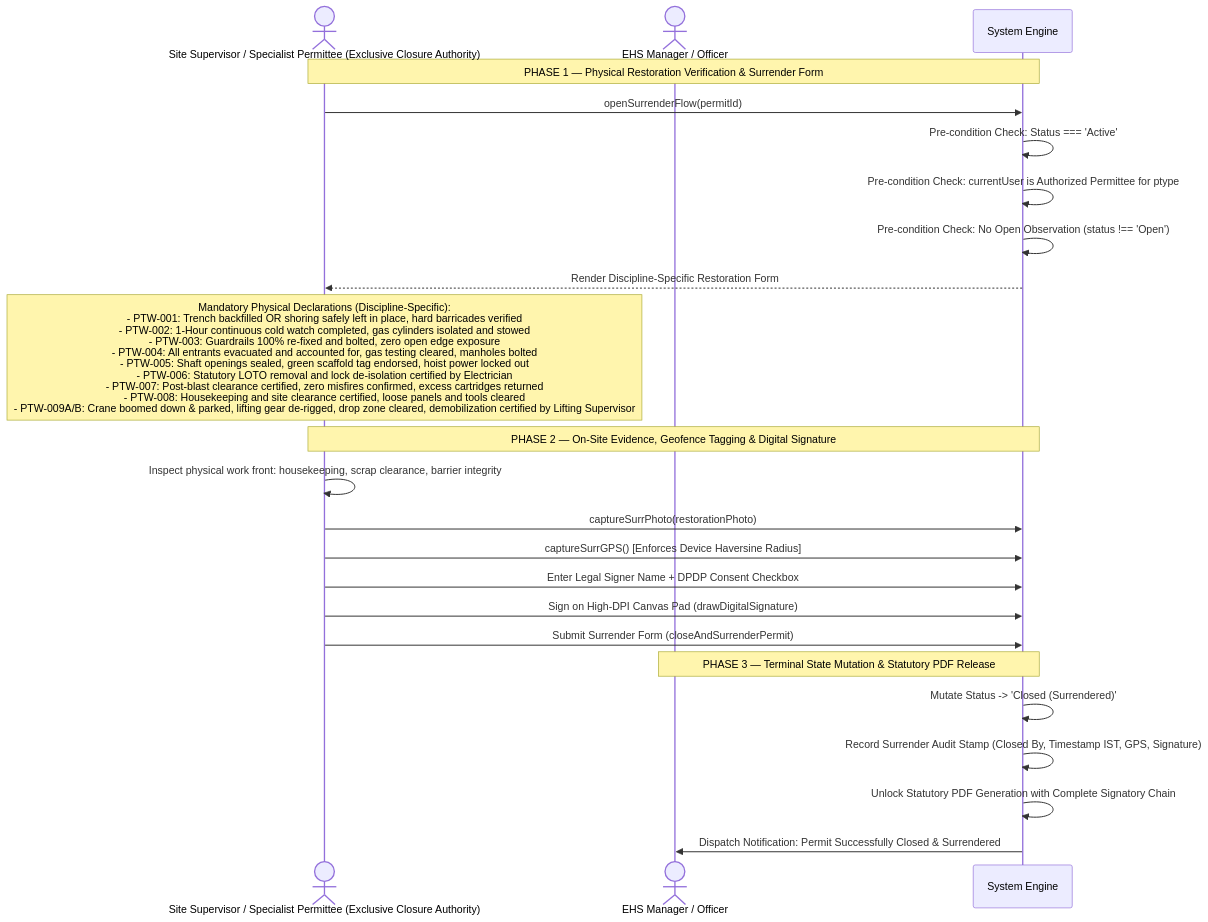
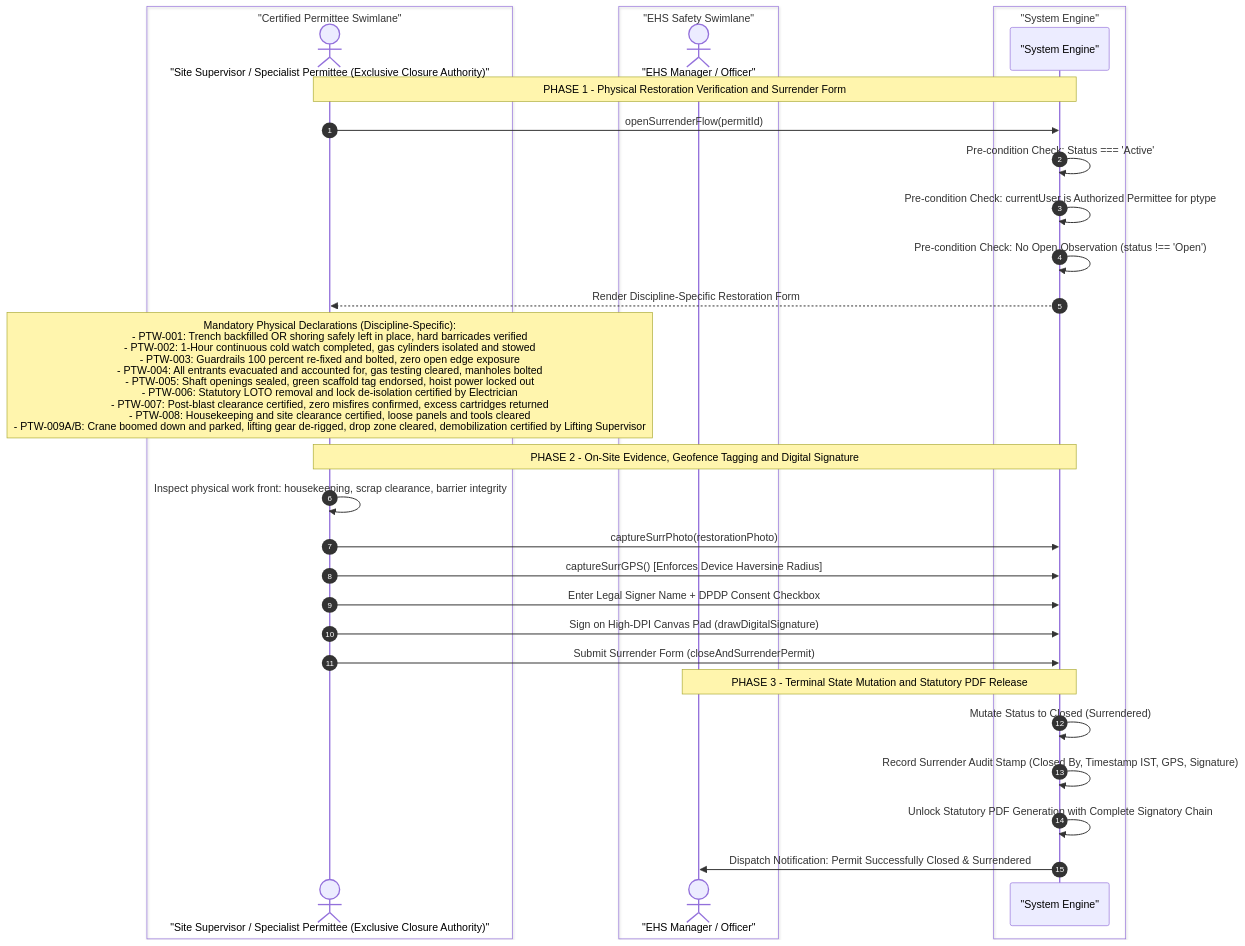
One commit to AuroGroupAutomationBot/ARPL-EHS-Demo changed diagram 33 of 41 in README.md. Above: the diagram before and after it, drawn with Mermaid. The commit also changed other lines of this file and 7 other files, not shown here.

````diff
--- a/README.md
+++ b/README.md
@@ -2383,29 +2632,36 @@
 ```mermaid
 sequenceDiagram
-    actor SS as Site Supervisor / Specialist Permittee (Exclusive Closure Authority)
-    actor EHS as EHS Manager / Officer
-    participant SYS as System Engine
+    autonumber
+    box "Certified Permittee Swimlane"
+        actor SS as "Site Supervisor / Specialist Permittee (Exclusive Closure Authority)"
+    end
+    box "EHS Safety Swimlane"
+        actor EHS as "EHS Manager / Officer"
+    end
+    box "System Engine"
+        participant SYS as "System Engine"
+    end
 
-    Note over SS,SYS: PHASE 1 — Physical Restoration Verification & Surrender Form
+    Note over SS,SYS: PHASE 1 - Physical Restoration Verification and Surrender Form
     SS->>SYS: openSurrenderFlow(permitId)
     SYS->>SYS: Pre-condition Check: Status === 'Active'
     SYS->>SYS: Pre-condition Check: currentUser is Authorized Permittee for ptype
     SYS->>SYS: Pre-condition Check: No Open Observation (status !== 'Open')
     SYS-->>SS: Render Discipline-Specific Restoration Form
 
-    Note over SS: Mandatory Physical Declarations (Discipline-Specific):<br/>- PTW-001: Trench backfilled OR shoring safely left in place, hard barricades verified<br/>- PTW-002: 1-Hour continuous cold watch completed, gas cylinders isolated and stowed<br/>- PTW-003: Guardrails 100% re-fixed and bolted, zero open edge exposure<br/>- PTW-004: All entrants evacuated and accounted for, gas testing cleared, manholes bolted<br/>- PTW-005: Shaft openings sealed, green scaffold tag endorsed, hoist power locked out<br/>- PTW-006: Statutory LOTO removal and lock de-isolation certified by Electrician<br/>- PTW-007: Post-blast clearance certified, zero misfires confirmed, excess cartridges returned<br/>- PTW-008: Housekeeping and site clearance certified, loose panels and tools cleared<br/>- PTW-009A/B: Crane boomed down & parked, lifting gear de-rigged, drop zone cleared, demobilization certified by Lifting Supervisor
+    Note over SS: Mandatory Physical Declarations (Discipline-Specific):<br/>- PTW-001: Trench backfilled OR shoring safely left in place, hard barricades verified<br/>- PTW-002: 1-Hour continuous cold watch completed, gas cylinders isolated and stowed<br/>- PTW-003: Guardrails 100 percent re-fixed and bolted, zero open edge exposure<br/>- PTW-004: All entrants evacuated and accounted for, gas testing cleared, manholes bolted<br/>- PTW-005: Shaft openings sealed, green scaffold tag endorsed, hoist power locked out<br/>- PTW-006: Statutory LOTO removal and lock de-isolation certified by Electrician<br/>- PTW-007: Post-blast clearance certified, zero misfires confirmed, excess cartridges returned<br/>- PTW-008: Housekeeping and site clearance certified, loose panels and tools cleared<br/>- PTW-009A/B: Crane boomed down and parked, lifting gear de-rigged, drop zone cleared, demobilization certified by Lifting Supervisor
 
-    Note over SS,SYS: PHASE 2 — On-Site Evidence, Geofence Tagging & Digital Signature
+    Note over SS,SYS: PHASE 2 - On-Site Evidence, Geofence Tagging and Digital Signature
     SS->>SS: Inspect physical work front: housekeeping, scrap clearance, barrier integrity
     SS->>SYS: captureSurrPhoto(restorationPhoto)
     SS->>SYS: captureSurrGPS() [Enforces Device Haversine Radius]
     SS->>SYS: Enter Legal Signer Name + DPDP Consent Checkbox
     SS->>SYS: Sign on High-DPI Canvas Pad (drawDigitalSignature)
     SS->>SYS: Submit Surrender Form (closeAndSurrenderPermit)
 
-    Note over SYS,EHS: PHASE 3 — Terminal State Mutation & Statutory PDF Release
-    SYS->>SYS: Mutate Status -> 'Closed (Surrendered)'
+    Note over SYS,EHS: PHASE 3 - Terminal State Mutation and Statutory PDF Release
+    SYS->>SYS: Mutate Status to Closed (Surrendered)
     SYS->>SYS: Record Surrender Audit Stamp (Closed By, Timestamp IST, GPS, Signature)
     SYS->>SYS: Unlock Statutory PDF Generation with Complete Signatory Chain
     SYS->>EHS: Dispatch Notification: Permit Successfully Closed & Surrendered
 ```
````
